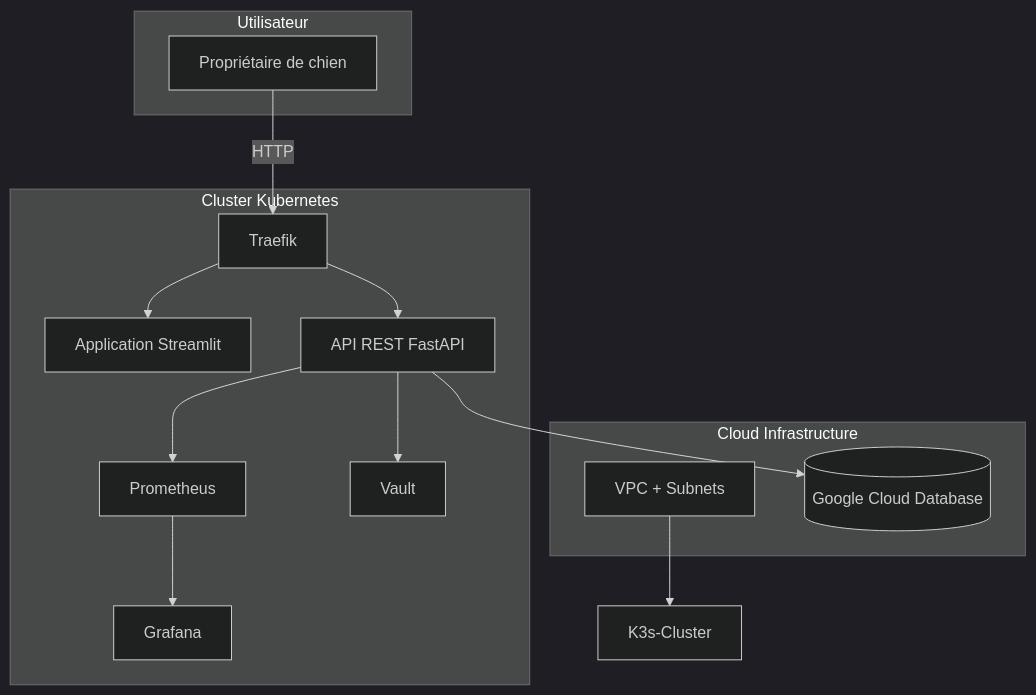
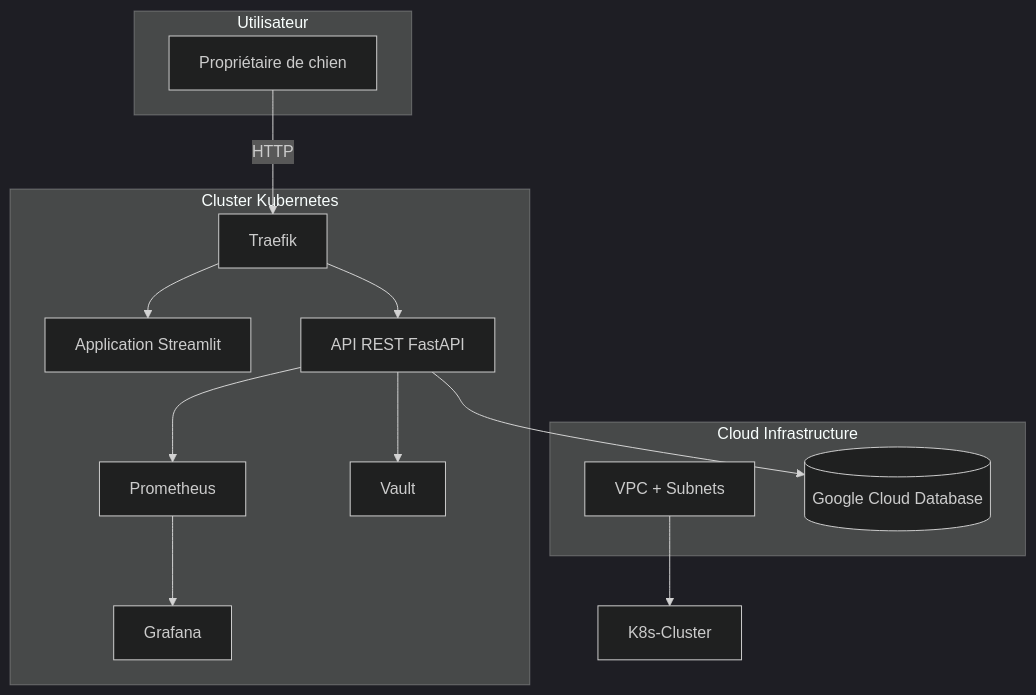
Before and after one commit to O-Celia/reactivite_chien: the diagram in infra/README.md, drawn with Mermaid (dark theme). The commit also changed other lines of this file, not shown here.

````diff
--- a/infra/README.md
+++ b/infra/README.md
@@ -8,32 +8,32 @@
 ```mermaid
 graph TD
   subgraph Utilisateur
     A[Propriétaire de chien]
   end
 
   subgraph Cloud Infrastructure
     L[VPC + Subnets]
     DB[(Google Cloud Database)]
   end
 
   subgraph Cluster Kubernetes
     T[Traefik]
     B[Application Streamlit]
     C[API REST FastAPI]
     H[Prometheus]
     I[Vault]
     J[Grafana]
   end
 
   A -->|HTTP| T
   T --> B
   T --> C
 
   C --> H
   C --> I
   C --> DB
 
   H --> J
 
-  L --> K3s-Cluster
+  L --> K8s-Cluster
 ```
````
